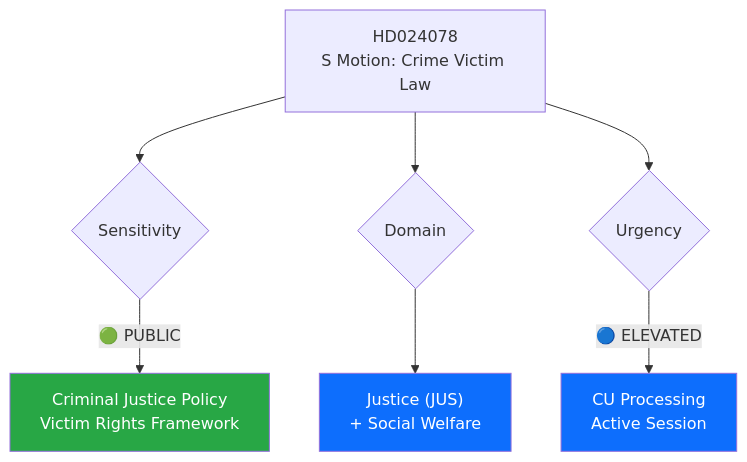
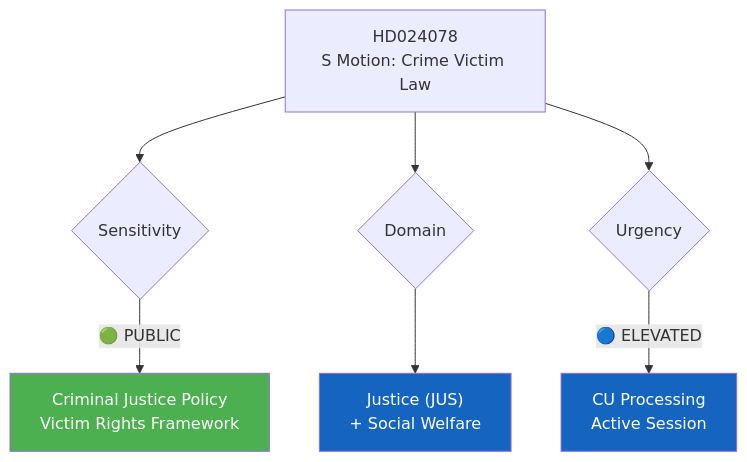
Before and after one commit to Hack23/riksdagsmonitor: the diagram in analysis/daily/2026-04-15/realtime-0954/documents/hd024078-analysis.md, drawn with Mermaid. The commit also changed 785 other files, not shown here.

First line of the commit message:
Normalize mermaid colors across 786 analysis artifacts to ISMS Style Guide palette

````diff
--- a/analysis/daily/2026-04-15/realtime-0954/documents/hd024078-analysis.md
+++ b/analysis/daily/2026-04-15/realtime-0954/documents/hd024078-analysis.md
@@ -26,13 +26,13 @@
 ```mermaid
 graph TD
     A["HD024078<br/>S Motion: Crime Victim Law"] --> B{"Sensitivity"}
     B -->|"🟢 PUBLIC"| C["Criminal Justice Policy<br/>Victim Rights Framework"]
     A --> D{"Domain"}
     D --> E["Justice (JUS)<br/>+ Social Welfare"]
     A --> F{"Urgency"}
     F -->|"🔵 ELEVATED"| G["CU Processing<br/>Active Session"]
 
-    style C fill:#28a745,color:#fff
-    style E fill:#0d6efd,color:#fff
-    style G fill:#0d6efd,color:#fff
+    style C fill:#4CAF50,color:#FFFFFF
+    style E fill:#1565C0,color:#FFFFFF
+    style G fill:#1565C0,color:#FFFFFF
 ```
````
